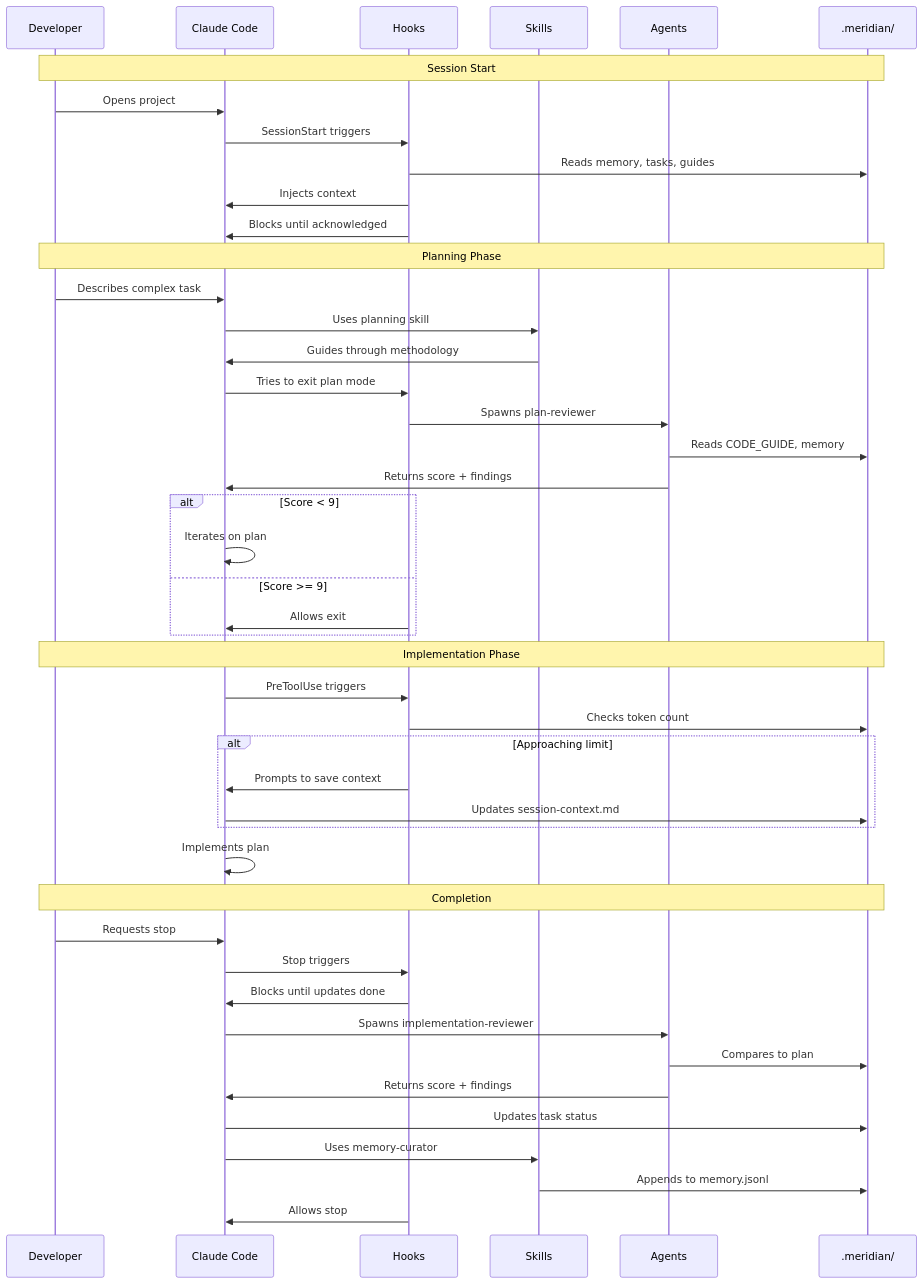
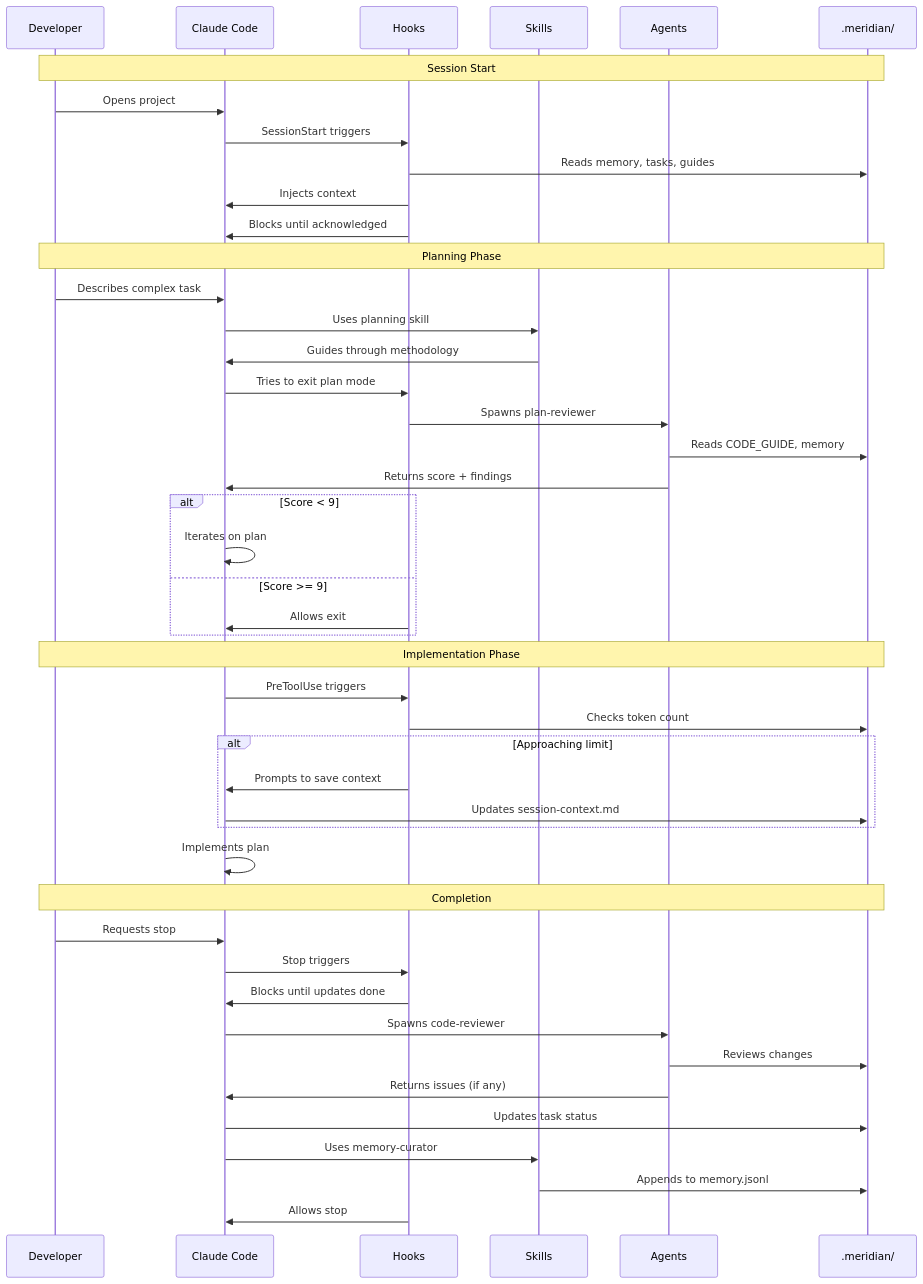
Before and after one commit to markmdev/meridian: the second of 2 diagrams in README.md, drawn with Mermaid. The commit also changed other lines of this file and 24 other files, not shown here.

````diff
--- a/README.md
+++ b/README.md
@@ -106,51 +106,51 @@
 ```mermaid
 sequenceDiagram
     participant Dev as Developer
     participant CC as Claude Code
     participant Hook as Hooks
     participant Skill as Skills
     participant Agent as Agents
     participant Files as .meridian/
 
     Note over Dev,Files: Session Start
     Dev->>CC: Opens project
     CC->>Hook: SessionStart triggers
     Hook->>Files: Reads memory, tasks, guides
     Hook->>CC: Injects context
     Hook->>CC: Blocks until acknowledged
 
     Note over Dev,Files: Planning Phase
     Dev->>CC: Describes complex task
     CC->>Skill: Uses planning skill
     Skill->>CC: Guides through methodology
     CC->>Hook: Tries to exit plan mode
     Hook->>Agent: Spawns plan-reviewer
     Agent->>Files: Reads CODE_GUIDE, memory
     Agent->>CC: Returns score + findings
     alt Score < 9
         CC->>CC: Iterates on plan
     else Score >= 9
         Hook->>CC: Allows exit
     end
 
     Note over Dev,Files: Implementation Phase
     CC->>Hook: PreToolUse triggers
     Hook->>Files: Checks token count
     alt Approaching limit
         Hook->>CC: Prompts to save context
         CC->>Files: Updates session-context.md
     end
     CC->>CC: Implements plan
 
     Note over Dev,Files: Completion
     Dev->>CC: Requests stop
     CC->>Hook: Stop triggers
     Hook->>CC: Blocks until updates done
-    CC->>Agent: Spawns implementation-reviewer
-    Agent->>Files: Compares to plan
-    Agent->>CC: Returns score + findings
+    CC->>Agent: Spawns code-reviewer
+    Agent->>Files: Reviews changes
+    Agent->>CC: Returns issues (if any)
     CC->>Files: Updates task status
     CC->>Skill: Uses memory-curator
     Skill->>Files: Appends to memory.jsonl
     Hook->>CC: Allows stop
 ```
````
